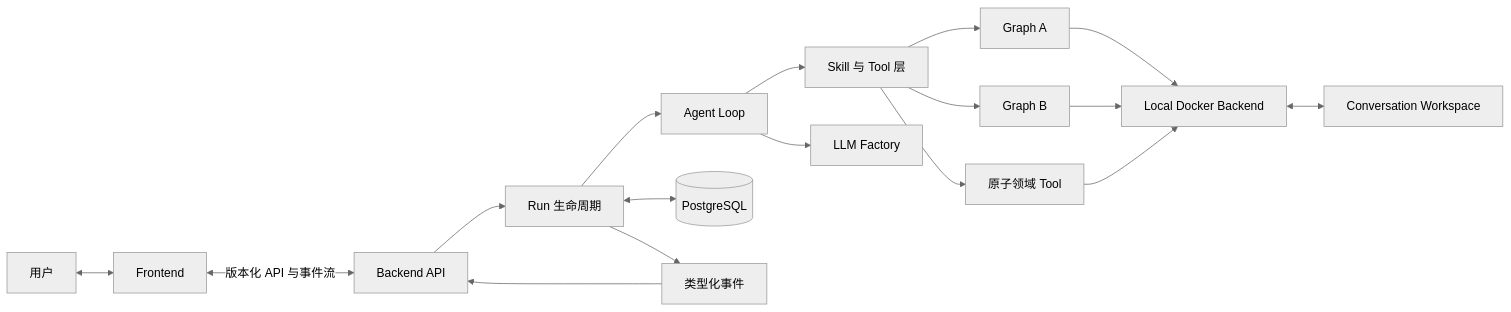
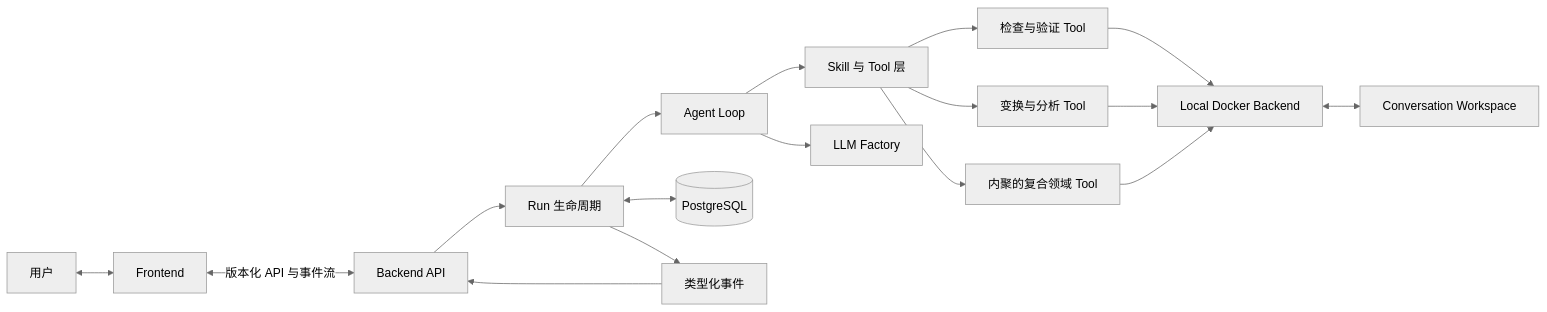
Before and after one commit to parkavenue9639/OmniCell-Agent: the diagram in ARCHITECTURE.md, drawn with Mermaid (neutral theme). The commit also changed other lines of this file and 160 other files, not shown here.

````diff
--- a/ARCHITECTURE.md
+++ b/ARCHITECTURE.md
@@ -97,19 +97,19 @@
 ```mermaid
 flowchart LR
     User["用户"] <--> Frontend["Frontend"]
     Frontend <-->|"版本化 API 与事件流"| API["Backend API"]
     API --> Lifecycle["Run 生命周期"]
     Lifecycle --> Agent["Agent Loop"]
     Agent --> Capabilities["Skill 与 Tool 层"]
-    Capabilities --> GraphA["Graph A"]
-    Capabilities --> GraphB["Graph B"]
-    Capabilities --> Atomic["原子领域 Tool"]
-    GraphA --> Runtime["Local Docker Backend"]
-    GraphB --> Runtime
-    Atomic --> Runtime
+    Capabilities --> Inspect["检查与验证 Tool"]
+    Capabilities --> Transform["变换与分析 Tool"]
+    Capabilities --> Composite["内聚的复合领域 Tool"]
+    Inspect --> Runtime["Local Docker Backend"]
+    Transform --> Runtime
+    Composite --> Runtime
     Agent --> LLM["LLM Factory"]
     Lifecycle <--> PG[("PostgreSQL")]
     Runtime <--> Workspace["Conversation Workspace"]
     Lifecycle --> Events["类型化事件"]
     Events --> API
 ```
````
